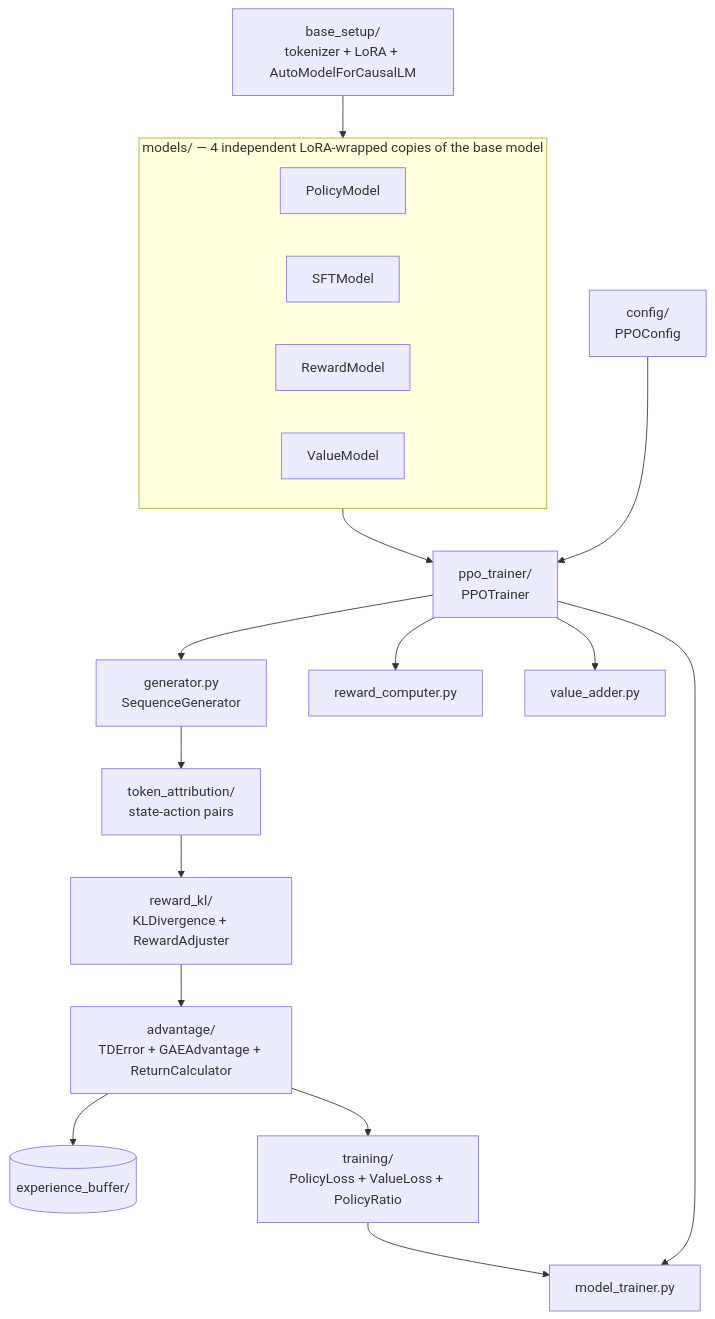
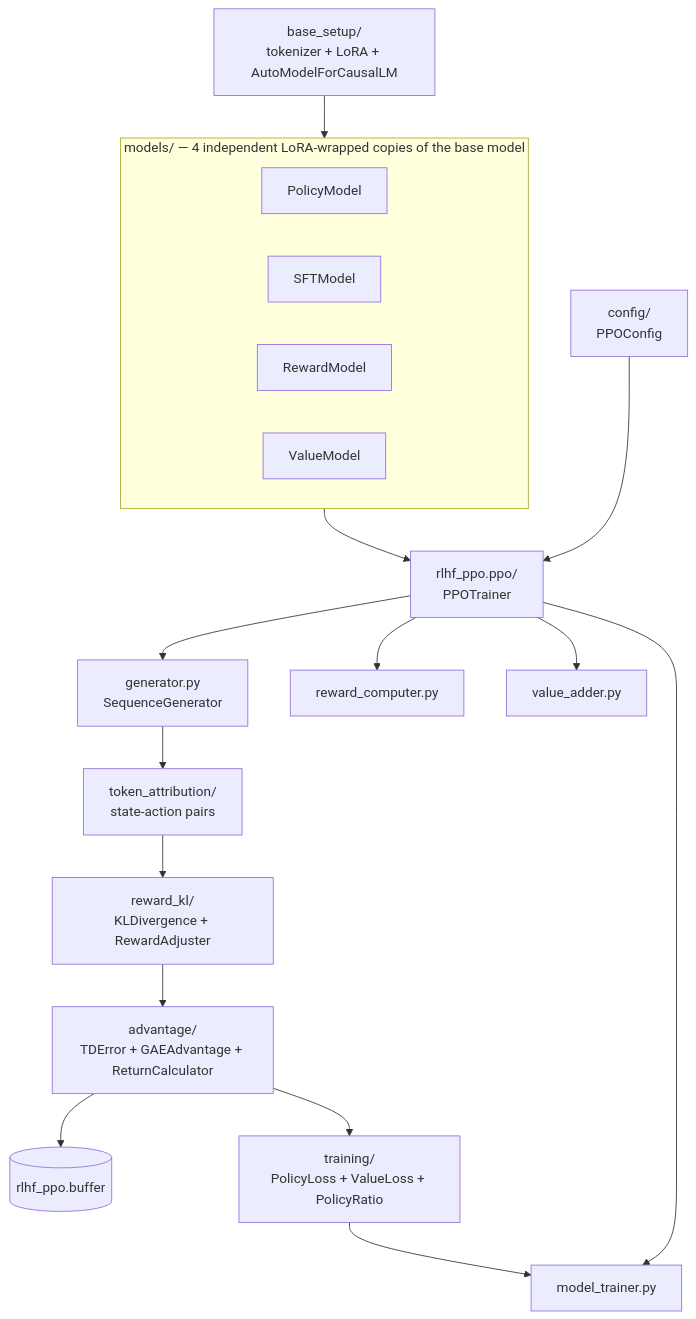
One commit to RoshBeed/ai-residency changed the first of 3 diagrams in services/rlhf-ppo/README.md. Above: the diagram before and after it, drawn with Mermaid. The commit also changed other lines of this file and 149 other files, not shown here.

````diff
--- a/services/rlhf-ppo/README.md
+++ b/services/rlhf-ppo/README.md
@@ -73,26 +73,26 @@
 ```mermaid
 flowchart TD
-    config["config/<br/>PPOConfig"] --> trainer["ppo_trainer/<br/>PPOTrainer"]
+    config["config/<br/>PPOConfig"] --> trainer["rlhf_ppo.ppo/<br/>PPOTrainer"]
 
     subgraph ModelsPkg["models/ — 4 independent LoRA-wrapped copies of the base model"]
         policym["PolicyModel"]
         sftm["SFTModel"]
         rewardm["RewardModel"]
         valuem["ValueModel"]
     end
 
     baseSetup["base_setup/<br/>tokenizer + LoRA + AutoModelForCausalLM"] --> ModelsPkg
     ModelsPkg --> trainer
 
     trainer --> generator["generator.py<br/>SequenceGenerator"]
     trainer --> rewardcomp["reward_computer.py"]
     trainer --> valueadd["value_adder.py"]
     trainer --> modeltrain["model_trainer.py"]
 
     generator --> attribution["token_attribution/<br/>state-action pairs"]
     attribution --> klmod["reward_kl/<br/>KLDivergence + RewardAdjuster"]
     klmod --> advmod["advantage/<br/>TDError + GAEAdvantage + ReturnCalculator"]
-    advmod --> buffer[("experience_buffer/")]
+    advmod --> buffer[("rlhf_ppo.buffer")]
     advmod --> trainmod["training/<br/>PolicyLoss + ValueLoss + PolicyRatio"]
     trainmod --> modeltrain
 ```
````
